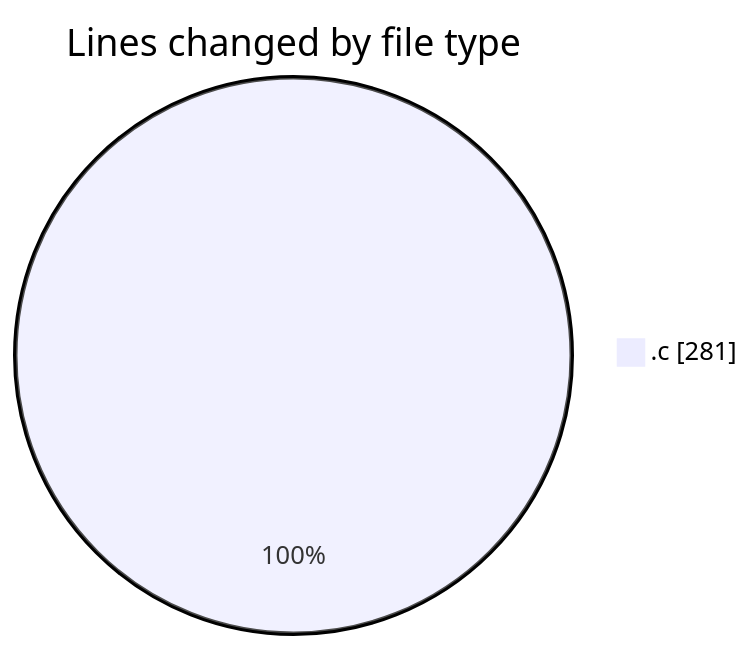
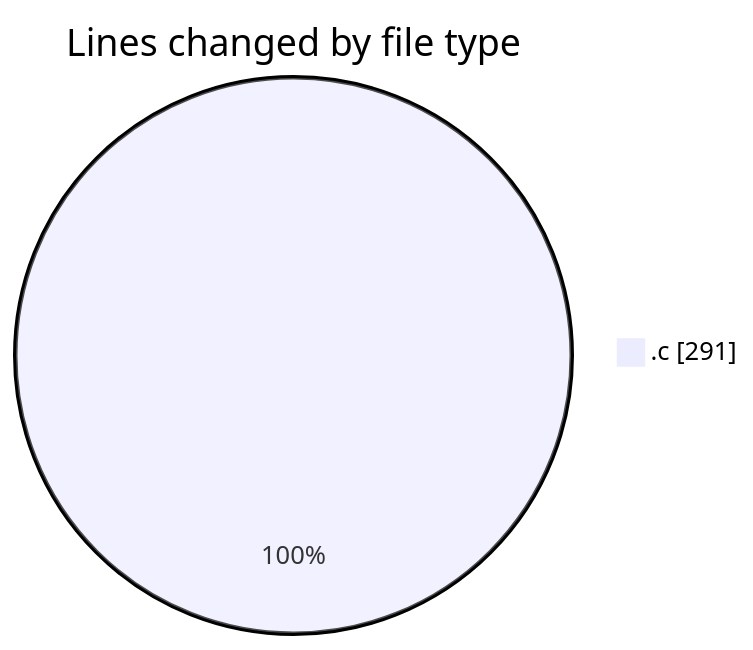
Before and after one commit to Unknowalive/code-tracking: the first of 2 diagrams in 2026-03-17/week6/README.md, drawn with Mermaid. The commit also changed other lines of this file and 1 other file, not shown here.

````diff
--- a/2026-03-17/week6/README.md
+++ b/2026-03-17/week6/README.md
@@ -20,5 +21,5 @@
 ```mermaid
 pie showData
 title Lines changed by file type
-".c" : 281
+".c" : 291
 ```
````
